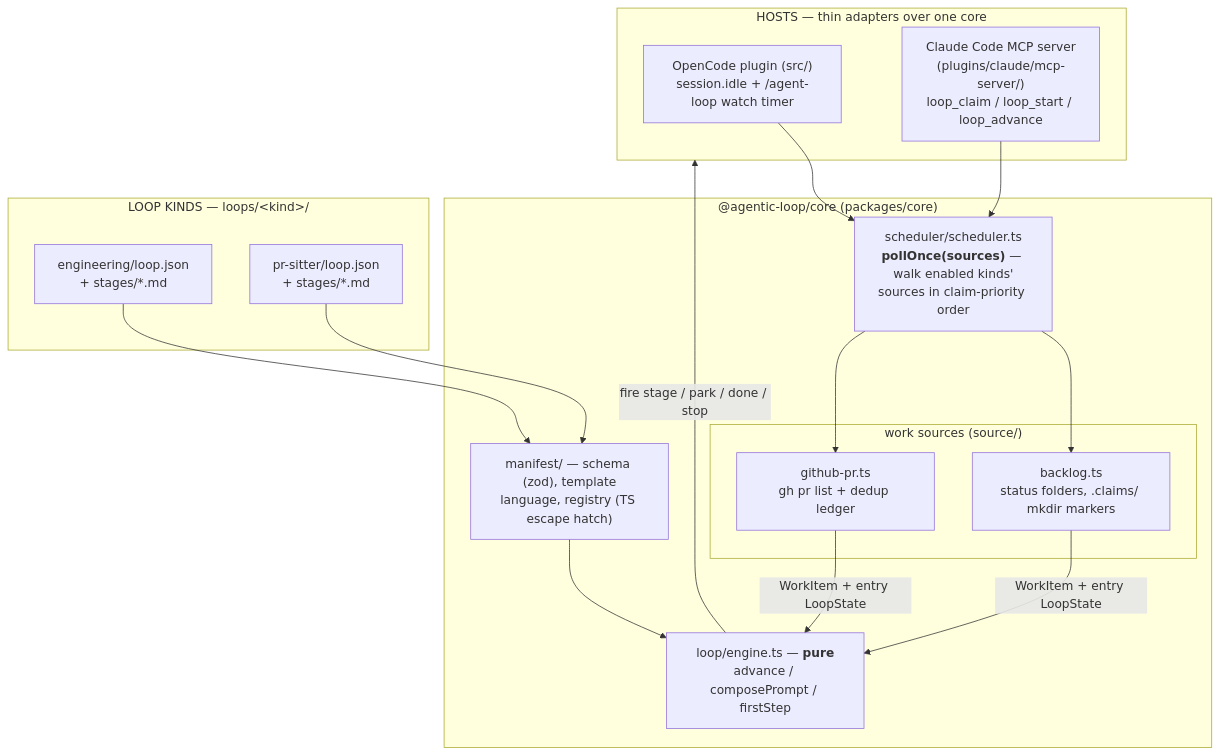
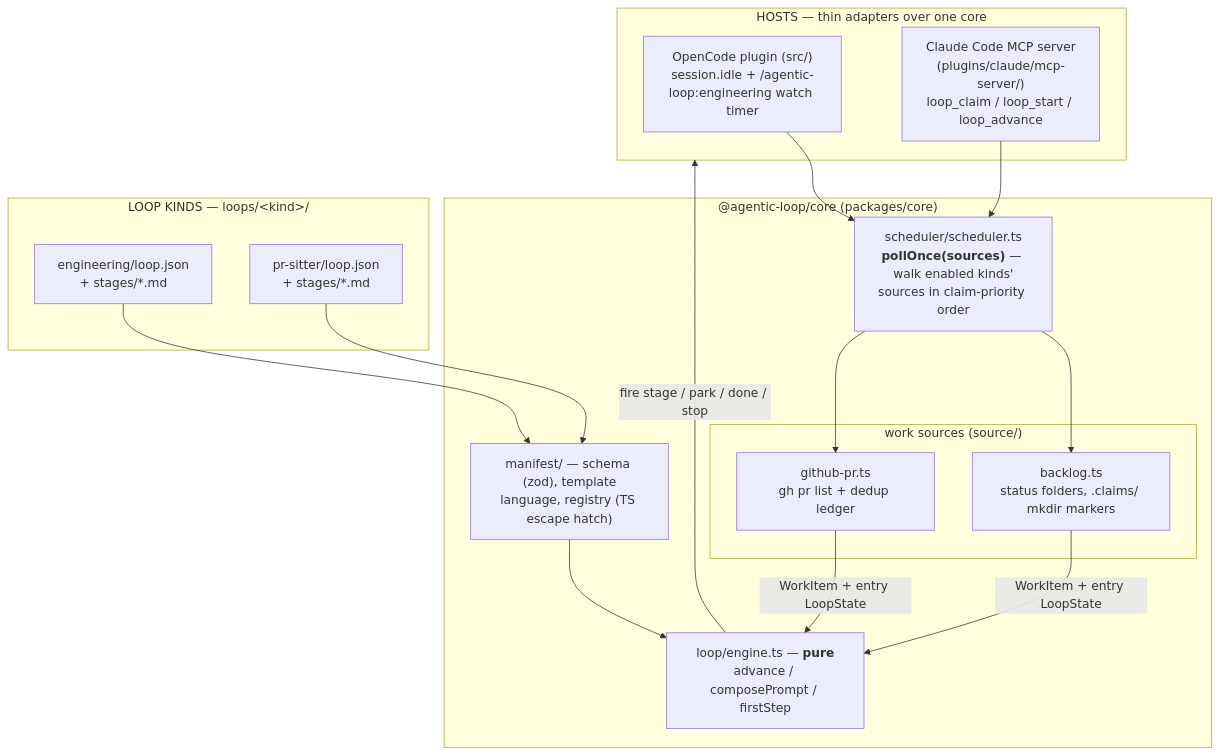
One commit to yenchang265-afk/agentic-loop changed the first of 4 diagrams in docs/architecture.md. Above: the diagram before and after it, drawn with Mermaid. The commit also changed other lines of this file and 67 other files, not shown here.

First line of the commit message:
refactor: per-kind commands /agentic-loop:engineering + /agentic-loop:pr-sitter

````diff
--- a/docs/architecture.md
+++ b/docs/architecture.md
@@ -12,33 +12,33 @@
 ```mermaid
 flowchart TB
     subgraph hosts["HOSTS — thin adapters over one core"]
-        oc["OpenCode plugin (src/)<br/>session.idle + /agent-loop watch timer"]
+        oc["OpenCode plugin (src/)<br/>session.idle + /agentic-loop:engineering watch timer"]
         cc["Claude Code MCP server<br/>(plugins/claude/mcp-server/)<br/>loop_claim / loop_start / loop_advance"]
     end
 
     subgraph core["@agentic-loop/core (packages/core)"]
         sched["scheduler/scheduler.ts<br/><b>pollOnce(sources)</b> — walk enabled kinds'<br/>sources in claim-priority order"]
         subgraph sources["work sources (source/)"]
             backlog["backlog.ts<br/>status folders, .claims/ mkdir markers"]
             ghpr["github-pr.ts<br/>gh pr list + dedup ledger"]
         end
         engine["loop/engine.ts — <b>pure</b><br/>advance / composePrompt / firstStep"]
         manifest["manifest/ — schema (zod), template<br/>language, registry (TS escape hatch)"]
     end
 
     subgraph kinds["LOOP KINDS — loops/&lt;kind&gt;/"]
         eng["engineering/loop.json<br/>+ stages/*.md"]
         sitter["pr-sitter/loop.json<br/>+ stages/*.md"]
     end
 
     oc --> sched
     cc --> sched
     sched --> backlog
     sched --> ghpr
     backlog -->|"WorkItem + entry LoopState"| engine
     ghpr -->|"WorkItem + entry LoopState"| engine
     manifest --> engine
     eng --> manifest
     sitter --> manifest
     engine -->|"fire stage / park / done / stop"| hosts
 ```
````
